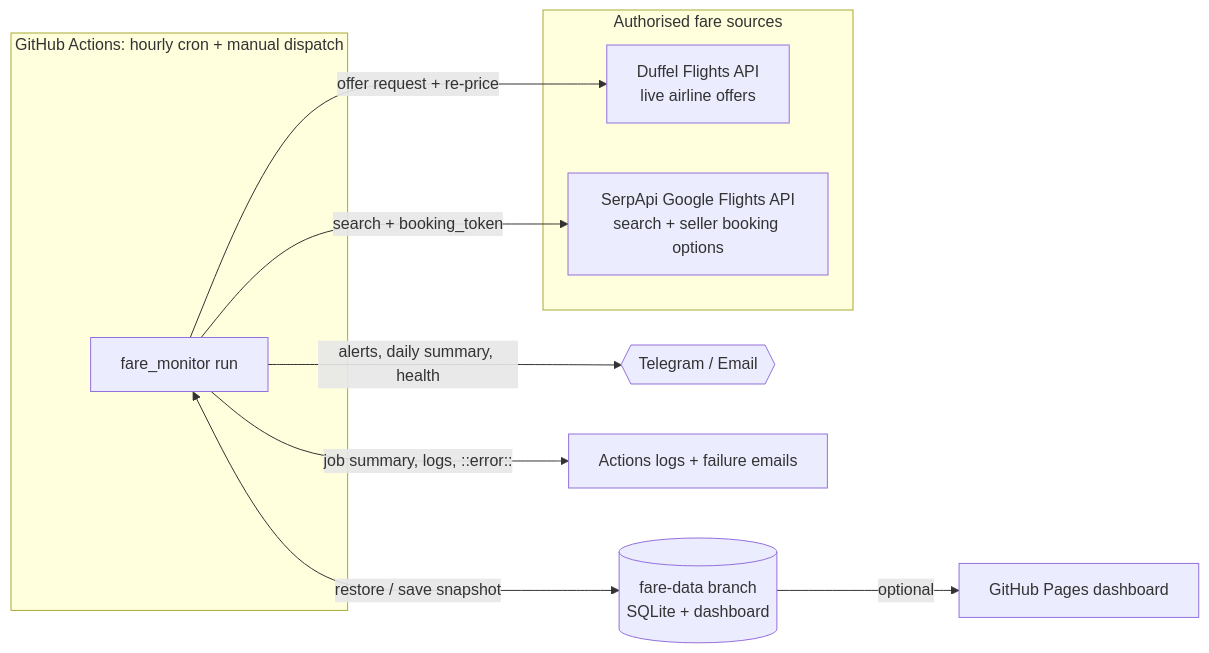
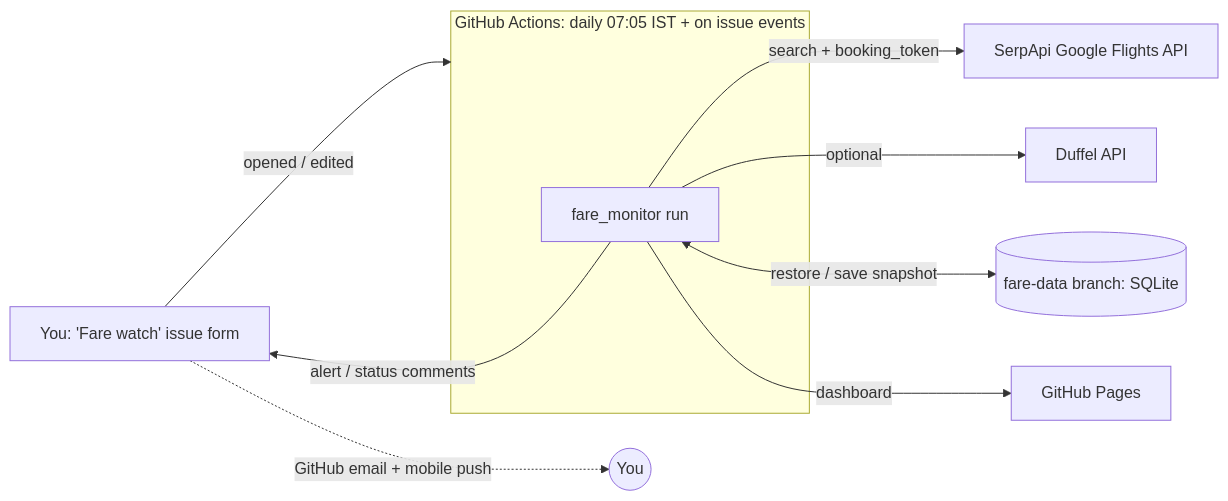
Before and after one commit to naveenravikumar21/testrepo: the diagram in docs/ARCHITECTURE.md, drawn with Mermaid. The commit also changed other lines of this file and 28 other files, not shown here.

First line of the commit message:
Switch to user-defined fare watches with a free-tier search budget

````diff
--- a/docs/ARCHITECTURE.md
+++ b/docs/ARCHITECTURE.md
@@ -11,16 +11,13 @@
 ```mermaid
 flowchart LR
-    subgraph GH[GitHub Actions: hourly cron + manual dispatch]
+    U[You: 'Fare watch' issue form] -- opened / edited --> GH
+    subgraph GH[GitHub Actions: daily 07:05 IST + on issue events]
         R[fare_monitor run]
     end
-    subgraph SRC[Authorised fare sources]
-        D[Duffel Flights API<br/>live airline offers]
-        S[SerpApi Google Flights API<br/>search + seller booking options]
-    end
-    R -- offer request + re-price --> D
-    R -- search + booking_token --> S
-    R <-- restore / save snapshot --> B[(fare-data branch<br/>SQLite + dashboard)]
-    R -- alerts, daily summary, health --> N{{Telegram / Email}}
-    R -- job summary, logs, ::error:: --> L[Actions logs + failure emails]
-    B -- optional --> P[GitHub Pages dashboard]
+    R -- search + booking_token --> S[SerpApi Google Flights API]
+    R -- optional --> D[Duffel API]
+    R <-- restore / save snapshot --> B[(fare-data branch: SQLite)]
+    R -- alert / status comments --> U
+    U -. GitHub email + mobile push .-> You((You))
+    R -- dashboard --> P[GitHub Pages]
 ```
````
